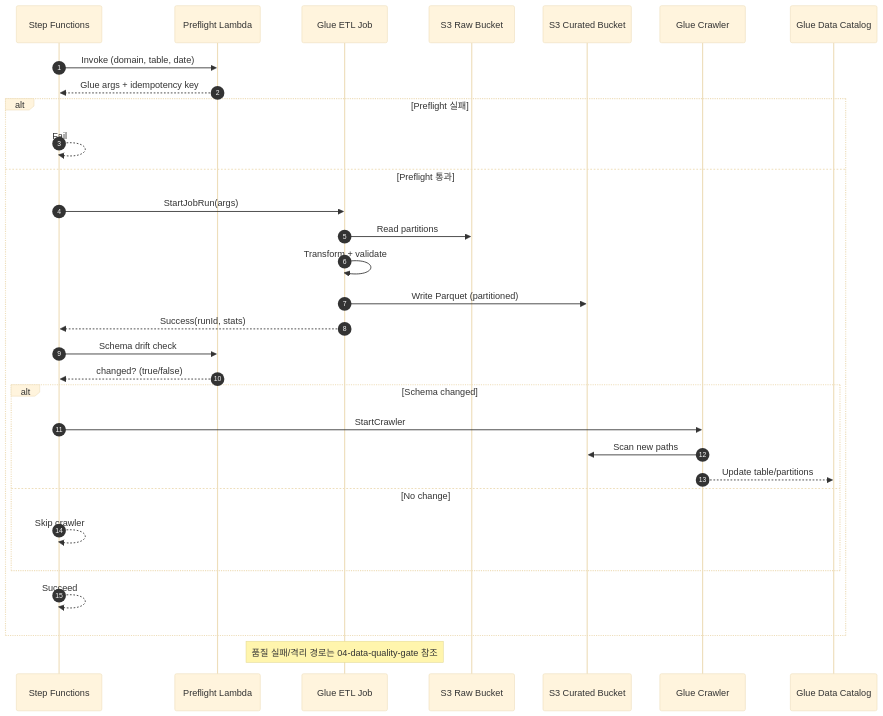
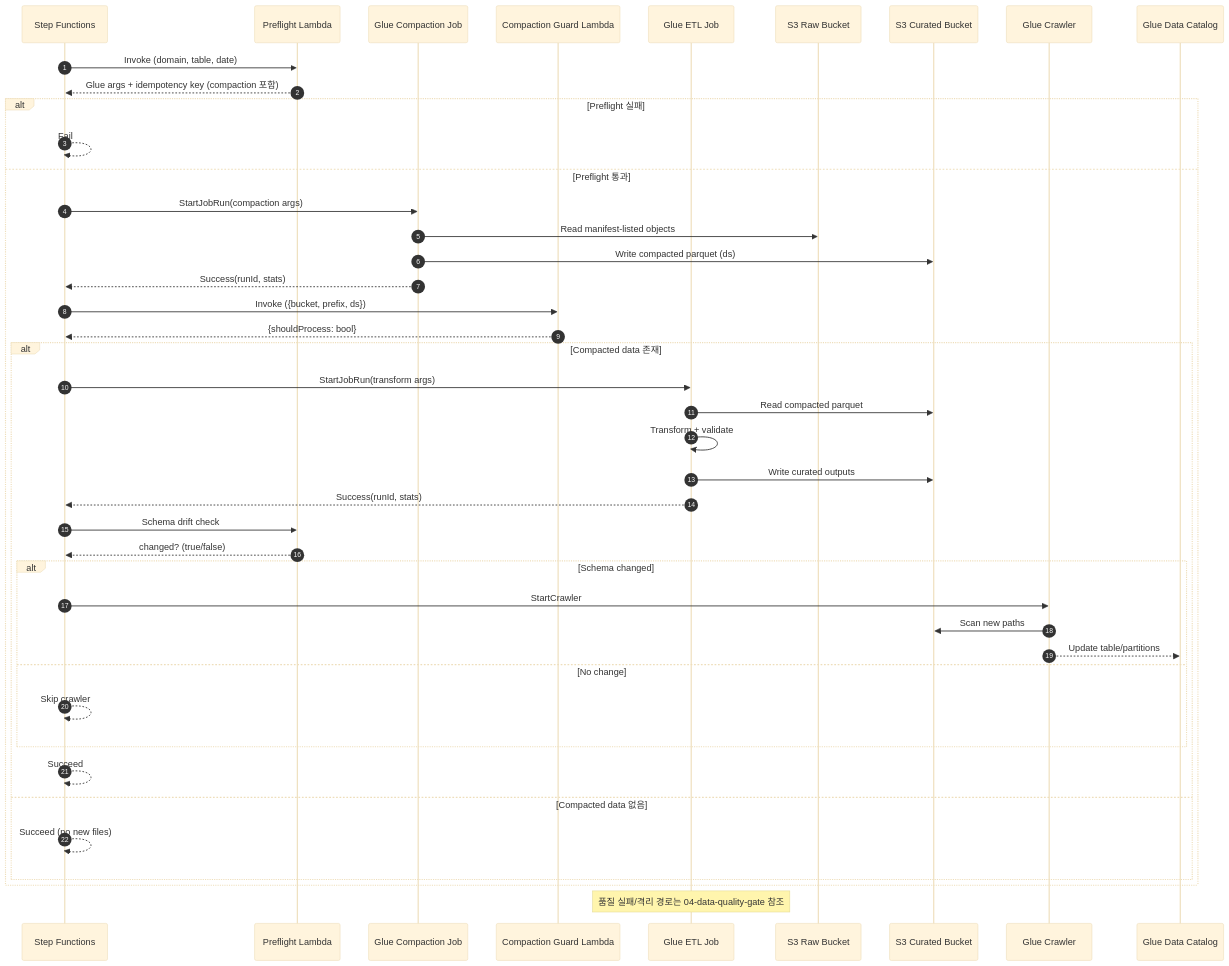
Before and after one commit to keemgdeok/fin-forge-pipeline: the diagram in docs/diagrams/transform/03-sequence.md, drawn with Mermaid (base theme). The commit also changed 6 other files, not shown here.

Commit message:
docs(transform): capture compaction workflow in diagrams and specs

````diff
--- a/docs/diagrams/transform/03-sequence.md
+++ b/docs/diagrams/transform/03-sequence.md
@@ -1,36 +1,48 @@
 ```mermaid
 sequenceDiagram
   autonumber
   participant SF as Step Functions
   participant PRE as Preflight Lambda
+  participant COMP as Glue Compaction Job
+  participant GUARD as Compaction Guard Lambda
   participant GLUE as Glue ETL Job
   participant RAW as S3 Raw Bucket
   participant CUR as S3 Curated Bucket
   participant CR as Glue Crawler
   participant CAT as Glue Data Catalog
   
 
   SF->>PRE: Invoke (domain, table, date)
-  PRE-->>SF: Glue args + idempotency key
+  PRE-->>SF: Glue args + idempotency key (compaction 포함)
   alt Preflight 실패
     SF-->>SF: Fail
   else Preflight 통과
-    SF->>GLUE: StartJobRun(args)
-    GLUE->>RAW: Read partitions
-    GLUE->>GLUE: Transform + validate
-    GLUE->>CUR: Write Parquet (partitioned)
-    GLUE-->>SF: Success(runId, stats)
-    SF->>PRE: Schema drift check
-    PRE-->>SF: changed? (true/false)
-    alt Schema changed
-      SF->>CR: StartCrawler
-      CR->>CUR: Scan new paths
-      CR-->>CAT: Update table/partitions
-    else No change
-      SF-->>SF: Skip crawler
+    SF->>COMP: StartJobRun(compaction args)
+    COMP->>RAW: Read manifest-listed objects
+    COMP->>CUR: Write compacted parquet (ds)
+    COMP-->>SF: Success(runId, stats)
+    SF->>GUARD: Invoke ({bucket, prefix, ds})
+    GUARD-->>SF: {shouldProcess: bool}
+    alt Compacted data 존재
+      SF->>GLUE: StartJobRun(transform args)
+      GLUE->>CUR: Read compacted parquet
+      GLUE->>GLUE: Transform + validate
+      GLUE->>CUR: Write curated outputs
+      GLUE-->>SF: Success(runId, stats)
+      SF->>PRE: Schema drift check
+      PRE-->>SF: changed? (true/false)
+      alt Schema changed
+        SF->>CR: StartCrawler
+        CR->>CUR: Scan new paths
+        CR-->>CAT: Update table/partitions
+      else No change
+        SF-->>SF: Skip crawler
+      end
+      SF-->>SF: Succeed
+    else Compacted data 없음
+      SF-->>SF: Succeed (no new files)
     end
-    SF-->>SF: Succeed
   end
 
   Note over GLUE: 품질 실패/격리 경로는 04-data-quality-gate 참조
 ```
````
